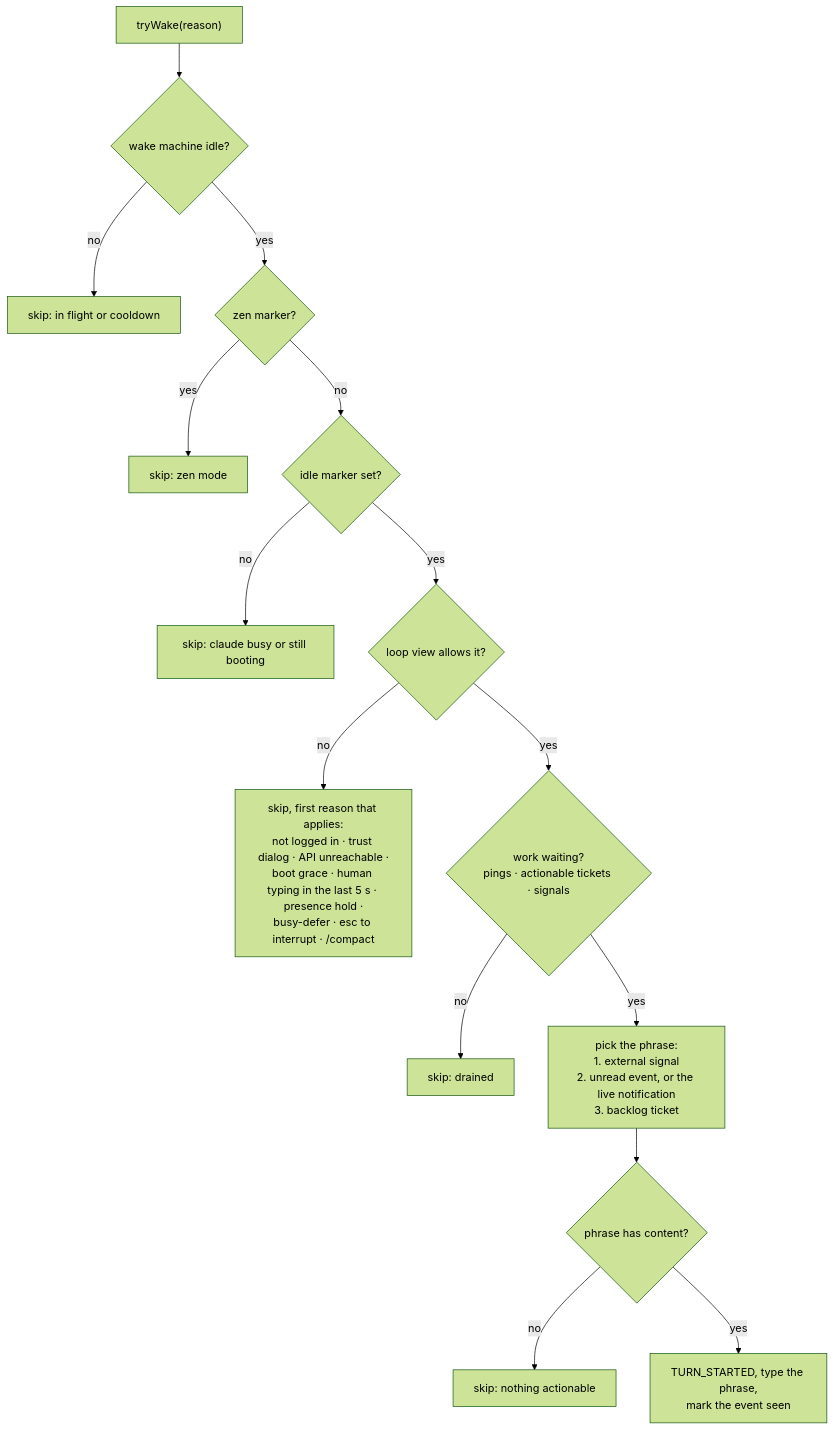
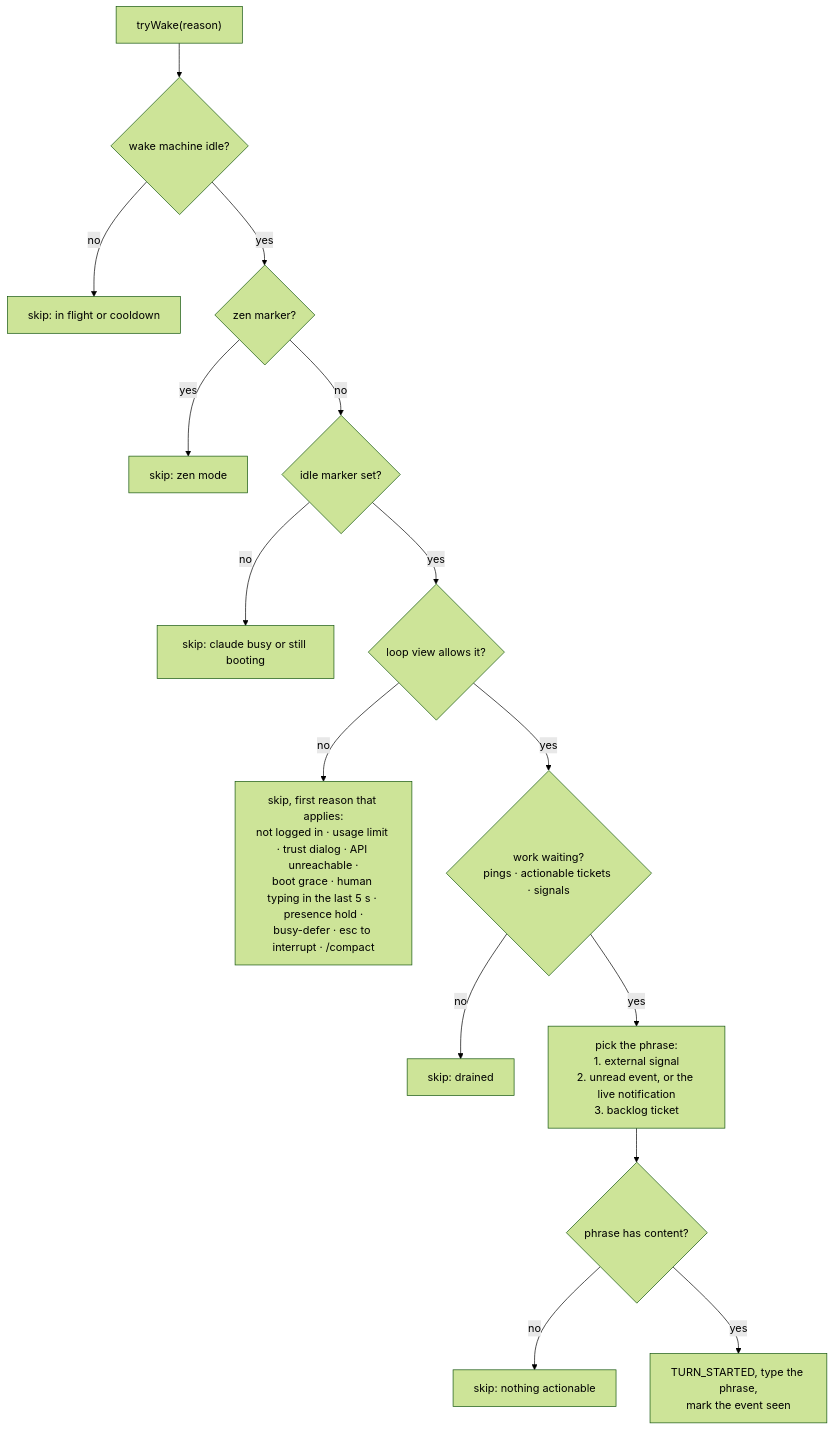
The fourth of 4 diagrams in docs/CLAUDE-LOOP.md (quazardous/aiball), drawn with Mermaid (forest theme) before and after one commit. The commit also changed other lines of this file and 12 other files, not shown here.

First line of the commit message:
feat(loop): a usage limit reached holds the loop at once and says so (#3268)

````diff
--- a/docs/CLAUDE-LOOP.md
+++ b/docs/CLAUDE-LOOP.md
@@ -310,17 +310,17 @@
 ```mermaid
 flowchart TD
     A["tryWake(reason)"] --> B{"wake machine idle?"}
     B -- no --> S0["skip: in flight or cooldown"]
     B -- yes --> C{"zen marker?"}
     C -- yes --> S1["skip: zen mode"]
     C -- no --> D{"idle marker set?"}
     D -- no --> S2["skip: claude busy or still booting"]
     D -- yes --> E{"loop view allows it?"}
-    E -- no --> S3["skip, first reason that applies:<br/>not logged in · trust dialog · API unreachable ·<br/>boot grace · human typing in the last 5 s · presence hold ·<br/>busy-defer · esc to interrupt · /compact"]
+    E -- no --> S3["skip, first reason that applies:<br/>not logged in · usage limit · trust dialog · API unreachable ·<br/>boot grace · human typing in the last 5 s · presence hold ·<br/>busy-defer · esc to interrupt · /compact"]
     E -- yes --> F{"work waiting?<br/>pings · actionable tickets · signals"}
     F -- no --> S4["skip: drained"]
     F -- yes --> G["pick the phrase:<br/>1. external signal<br/>2. unread event, or the live notification<br/>3. backlog ticket"]
     G --> H{"phrase has content?"}
     H -- no --> S5["skip: nothing actionable"]
     H -- yes --> I["TURN_STARTED, type the phrase,<br/>mark the event seen"]
 ```
````
